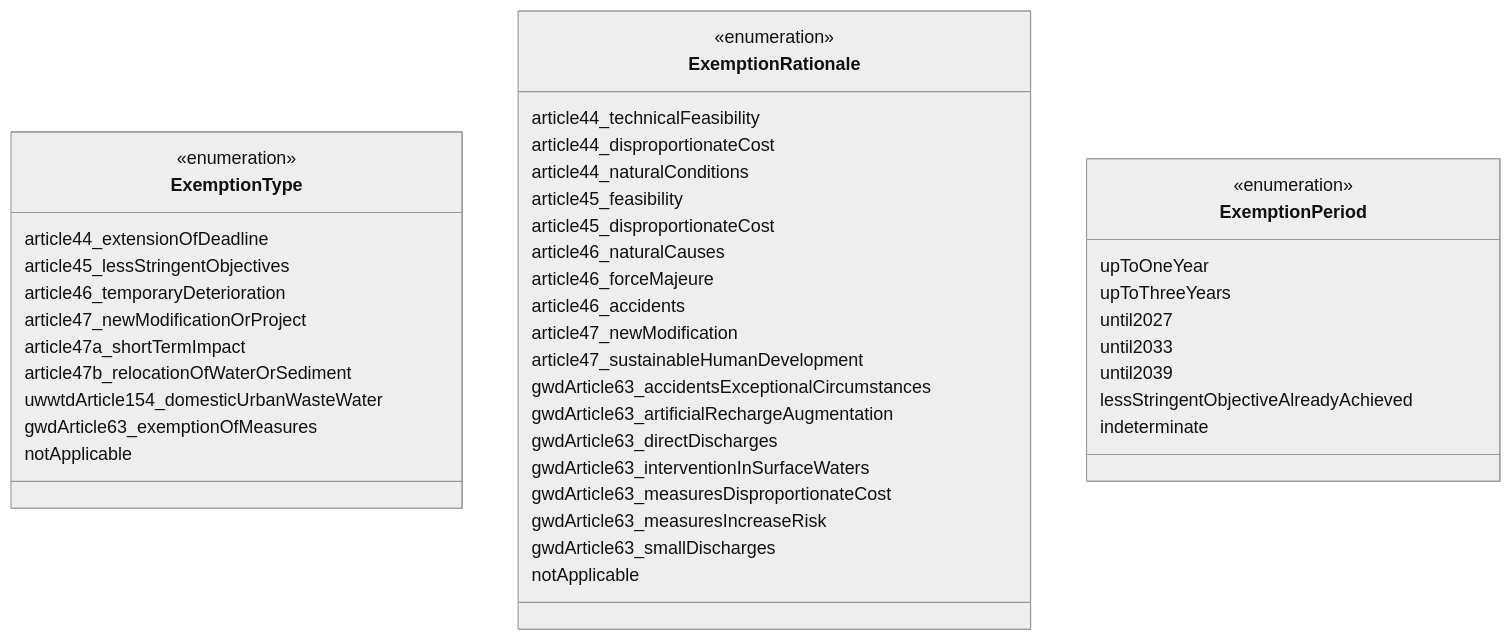
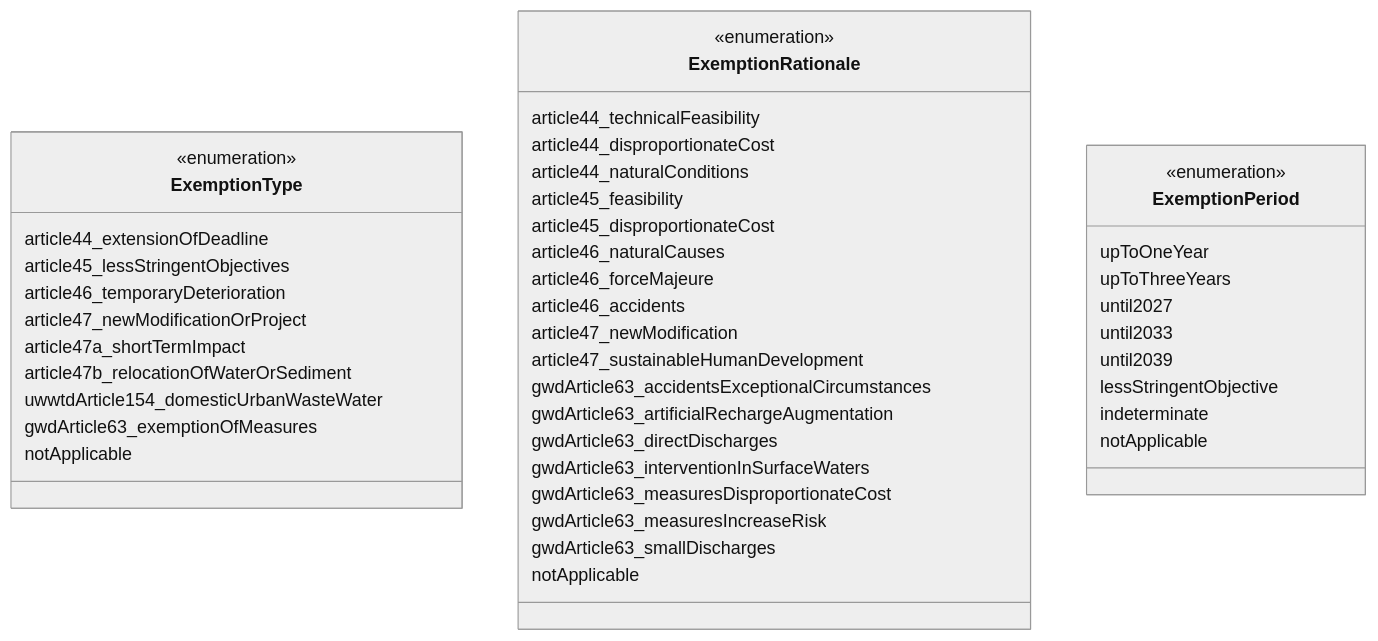
Before and after one commit to eeadata/WISE.WFD.Documentation: the diagram in docs/DataModelReview/mmd/Exemptions_4thCycle_Codelists_ClassDiagram.mmd, drawn with Mermaid. The commit also changed 6 other files, not shown here.

```diff
--- a/docs/DataModelReview/mmd/Exemptions_4thCycle_Codelists_ClassDiagram.mmd
+++ b/docs/DataModelReview/mmd/Exemptions_4thCycle_Codelists_ClassDiagram.mmd
@@ -1,47 +1,48 @@
 %%{init: {'theme': 'neutral'}}%%
 classDiagram
 class ExemptionType{
     <<enumeration>>
     article44_extensionOfDeadline
     article45_lessStringentObjectives
     article46_temporaryDeterioration
     article47_newModificationOrProject
     article47a_shortTermImpact
     article47b_relocationOfWaterOrSediment
     uwwtdArticle154_domesticUrbanWasteWater
     gwdArticle63_exemptionOfMeasures
     notApplicable
     }
 
 class ExemptionRationale{
     <<enumeration>>
     article44_technicalFeasibility
     article44_disproportionateCost
     article44_naturalConditions
     article45_feasibility
     article45_disproportionateCost
     article46_naturalCauses
     article46_forceMajeure
     article46_accidents
     article47_newModification
     article47_sustainableHumanDevelopment
     gwdArticle63_accidentsExceptionalCircumstances
     gwdArticle63_artificialRechargeAugmentation
     gwdArticle63_directDischarges
     gwdArticle63_interventionInSurfaceWaters
     gwdArticle63_measuresDisproportionateCost
     gwdArticle63_measuresIncreaseRisk
     gwdArticle63_smallDischarges
     notApplicable
     }
 	
 class ExemptionPeriod{
     <<enumeration>>
     upToOneYear
     upToThreeYears
     until2027
     until2033
     until2039
-    lessStringentObjectiveAlreadyAchieved
+    lessStringentObjective
     indeterminate
+    notApplicable
     }
```
